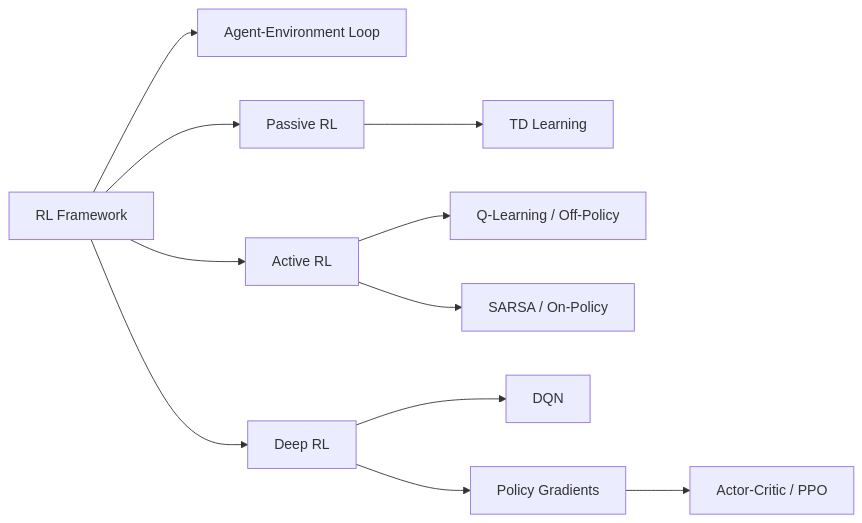
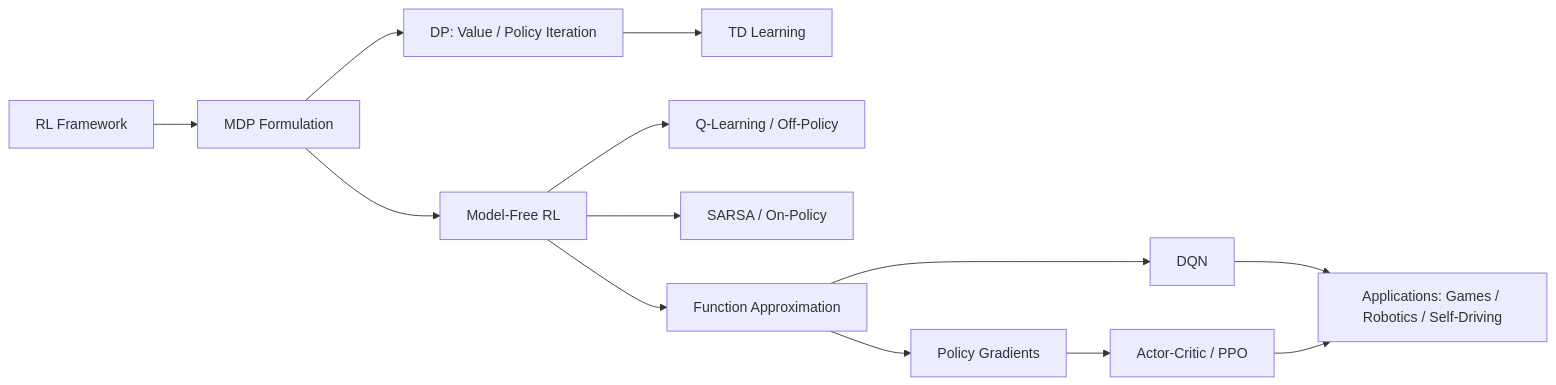
Before and after one commit to Raushan666java/ai-engineering-journey: the diagram in docs/courses/artificial-intelligence/11-reinforcement-learning.md, drawn with Mermaid. The commit also changed other lines of this file and 26 other files, not shown here.

````diff
--- a/docs/courses/artificial-intelligence/11-reinforcement-learning.md
+++ b/docs/courses/artificial-intelligence/11-reinforcement-learning.md
@@ -23,13 +53,15 @@
 ```mermaid
 flowchart LR
-    A[RL Framework] --> B[Agent-Environment Loop]
-    A --> C[Passive RL]
-    A --> D[Active RL]
+    A[RL Framework] --> B[MDP Formulation]
+    B --> C[DP: Value / Policy Iteration]
+    B --> D[Model-Free RL]
     C --> E[TD Learning]
     D --> F[Q-Learning / Off-Policy]
     D --> G[SARSA / On-Policy]
-    A --> H[Deep RL]
+    D --> H[Function Approximation]
     H --> I[DQN]
     H --> J[Policy Gradients]
     J --> K[Actor-Critic / PPO]
+    I --> L[Applications: Games / Robotics / Self-Driving]
+    K --> L
 ```
````
